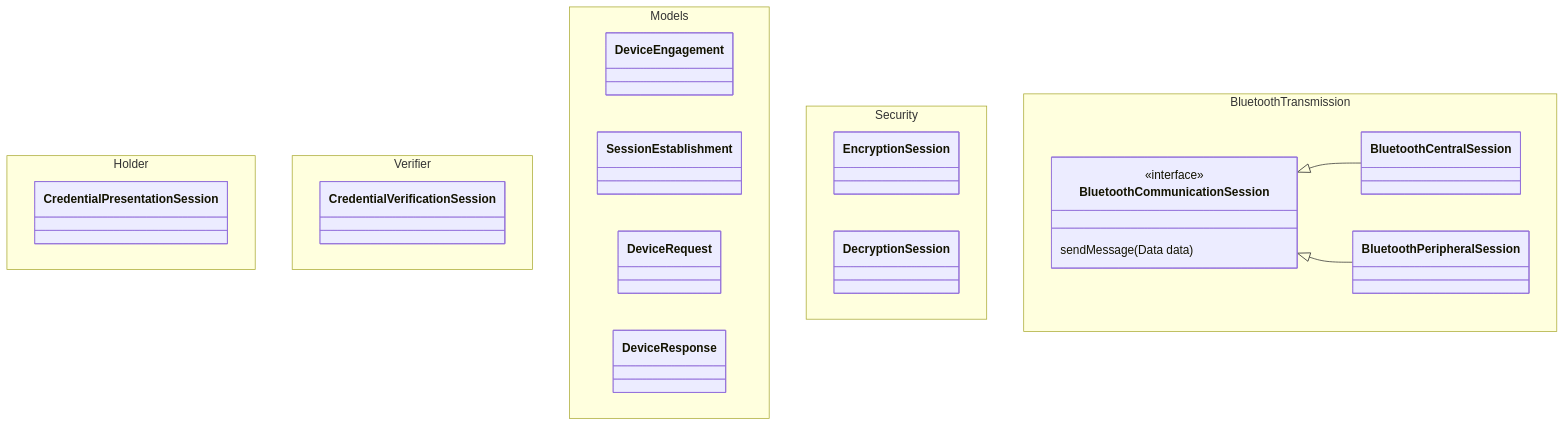
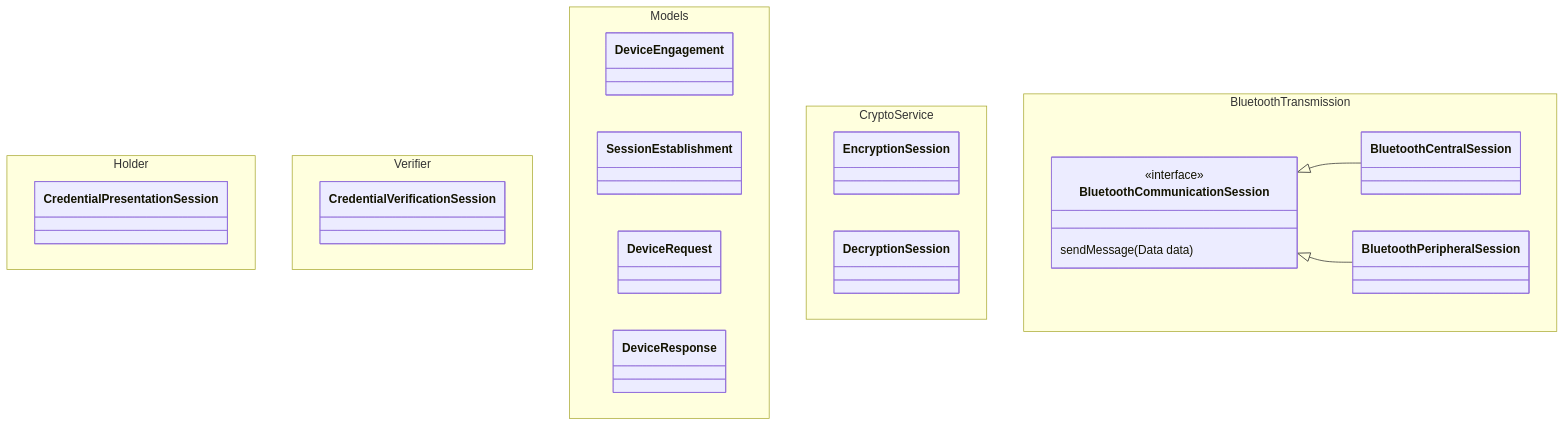
Before and after one commit to govuk-one-login/mobile-credential-sharing-android: the diagram in README.md, drawn with Mermaid. The commit also changed other lines of this file and 275 other files, not shown here.

First line of the commit message:
refactor(DCMAW-19299): rename Security module to CryptoService

````diff
--- a/README.md
+++ b/README.md
@@ -45,35 +45,35 @@
 ```mermaid
 classDiagram
 namespace Holder {
     class CredentialPresentationSession
 }
 
 namespace Verifier {
     class CredentialVerificationSession
 }
 
 namespace Models {
     class DeviceEngagement
     class SessionEstablishment
     class DeviceRequest
     class DeviceResponse
 }
 
-namespace Security {
+namespace CryptoService {
     class EncryptionSession
     class DecryptionSession
 }
 
 namespace BluetoothTransmission {
     class BluetoothCommunicationSession{
         <<interface>>
         sendMessage(Data data)
     }
     class BluetoothCentralSession
     class BluetoothPeripheralSession
 }
 
 BluetoothCommunicationSession<|--BluetoothCentralSession
 BluetoothCommunicationSession <|-- BluetoothPeripheralSession
 
 ```
````
